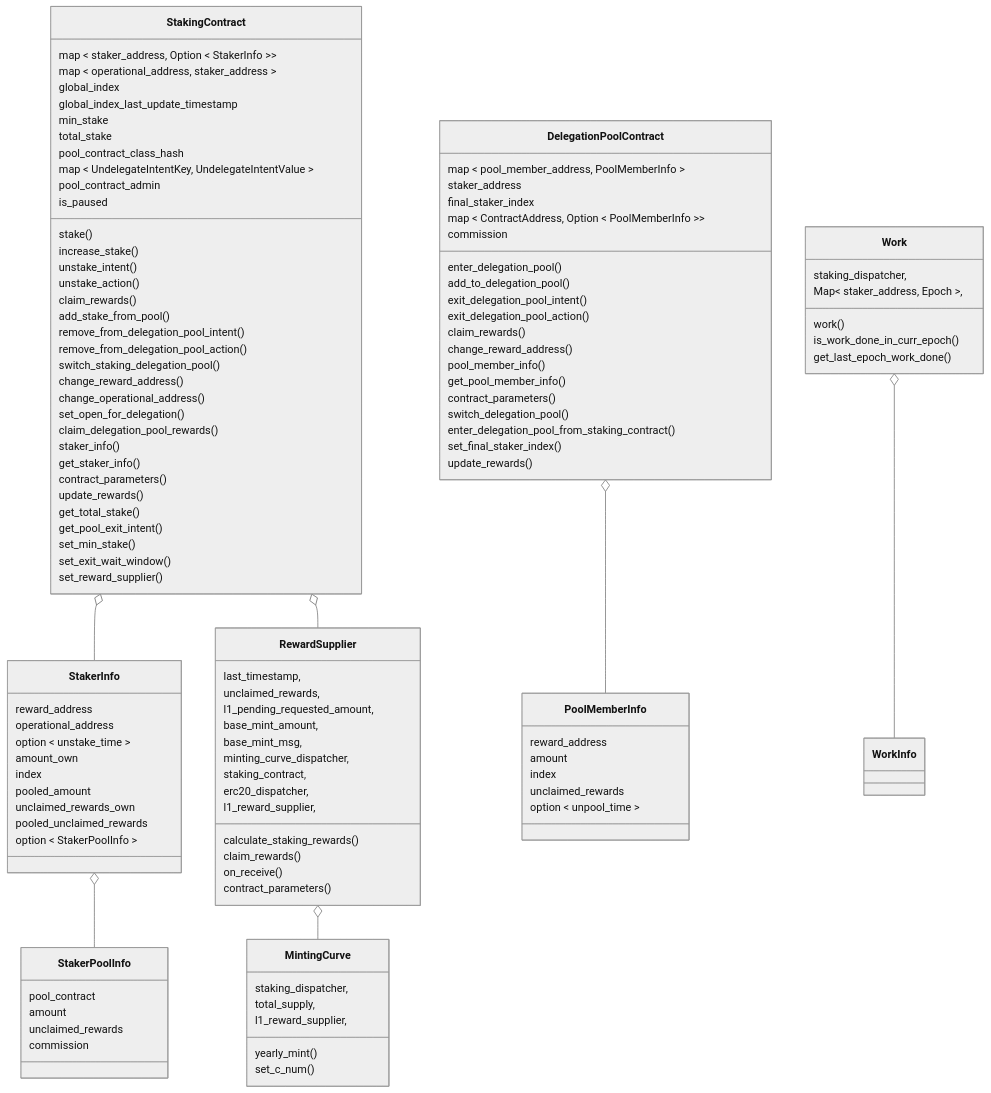
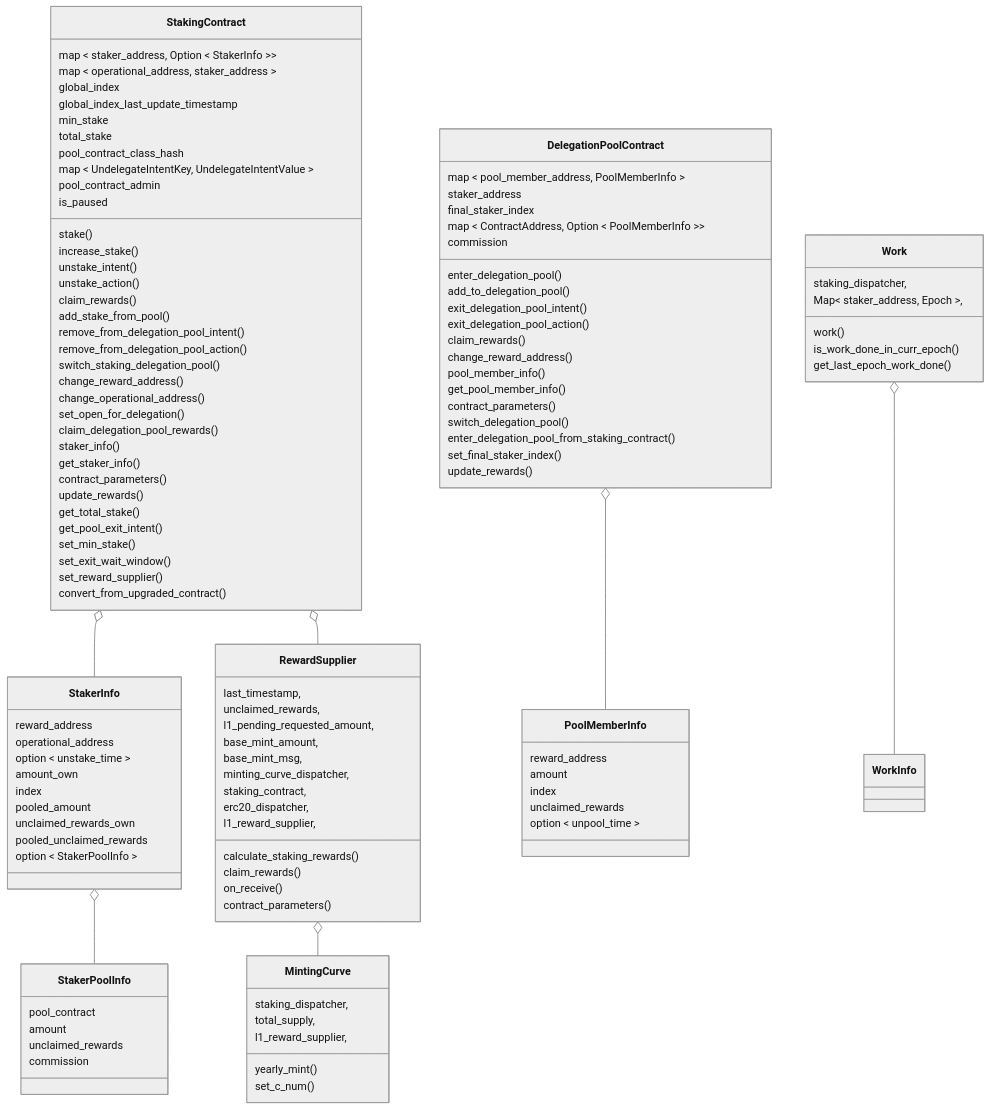
One commit to starkware-libs/starknet-staking changed the first of 8 diagrams in workspace/apps/staking/docs/spec.md. Above: the diagram before and after it, drawn with Mermaid (neutral theme). The commit also changed other lines of this file, not shown here.

Commit message:
docs(staking): add convert_from_upgraded_contract (#2754)

```diff
--- a/workspace/apps/staking/docs/spec.md
+++ b/workspace/apps/staking/docs/spec.md
@@ -215,6 +216,7 @@
     set_min_stake()
     set_exit_wait_window()
     set_reward_supplier()
+    convert_from_upgraded_contract()
   }
   class DelegationPoolContract{
     map < pool_member_address, PoolMemberInfo >
```
